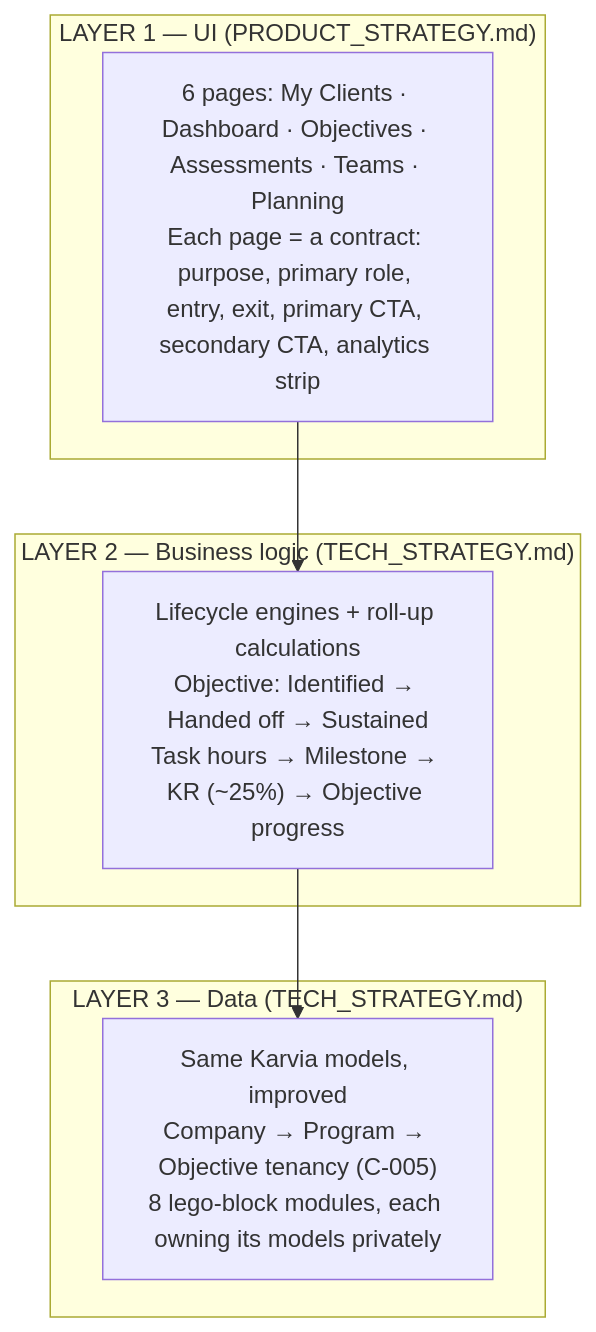
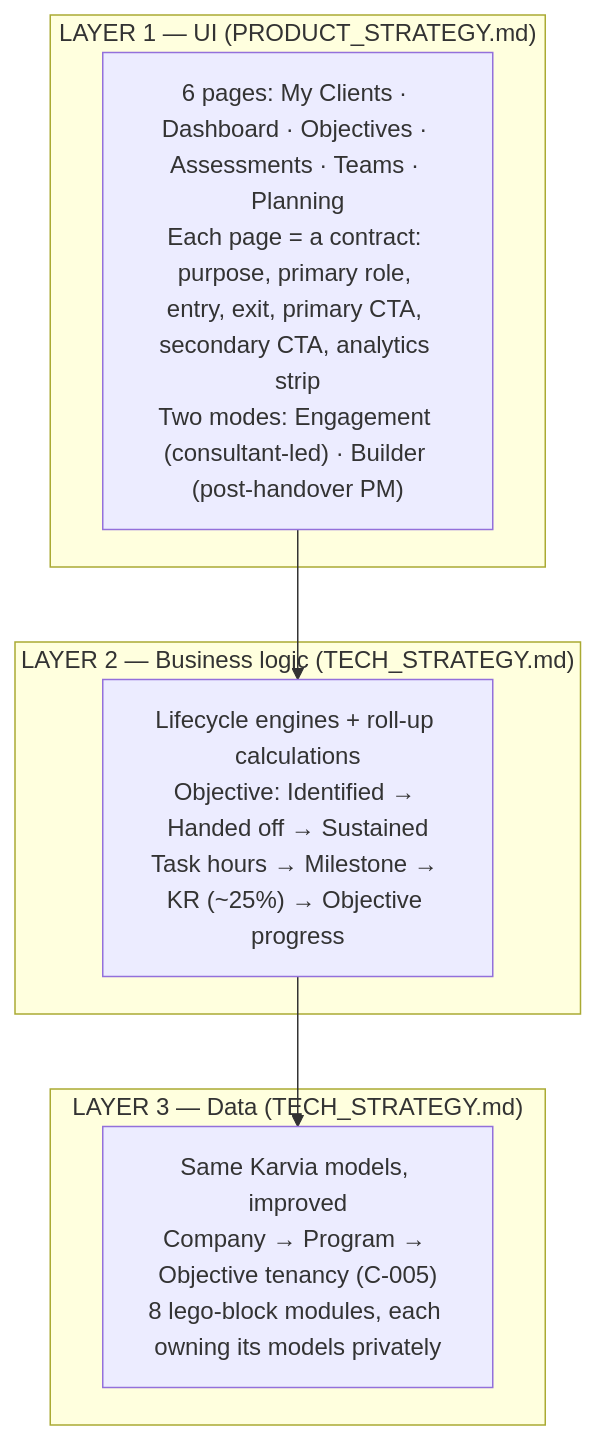
The second of 2 diagrams in NEXUS_STRATEGY/00_NORTH_STAR.md (bramhilabs-us/nexus), drawn with Mermaid before and after one commit. The commit also changed other lines of this file and 8 other files, not shown here.

````diff
--- a/NEXUS_STRATEGY/00_NORTH_STAR.md
+++ b/NEXUS_STRATEGY/00_NORTH_STAR.md
@@ -55,13 +79,13 @@
 ```mermaid
 graph TB
     subgraph L1["LAYER 1 — UI (PRODUCT_STRATEGY.md)"]
-        P["6 pages: My Clients · Dashboard · Objectives · Assessments · Teams · Planning<br/>Each page = a contract: purpose, primary role, entry, exit, primary CTA, secondary CTA, analytics strip"]
+        P["6 pages: My Clients · Dashboard · Objectives · Assessments · Teams · Planning<br/>Each page = a contract: purpose, primary role, entry, exit, primary CTA, secondary CTA, analytics strip<br/>Two modes: Engagement (consultant-led) · Builder (post-handover PM)"]
     end
     subgraph L2["LAYER 2 — Business logic (TECH_STRATEGY.md)"]
         B["Lifecycle engines + roll-up calculations<br/>Objective: Identified → Handed off → Sustained<br/>Task hours → Milestone → KR (~25%) → Objective progress"]
     end
     subgraph L3["LAYER 3 — Data (TECH_STRATEGY.md)"]
         D["Same Karvia models, improved<br/>Company → Program → Objective tenancy (C-005)<br/>8 lego-block modules, each owning its models privately"]
     end
     P --> B --> D
 ```
````
